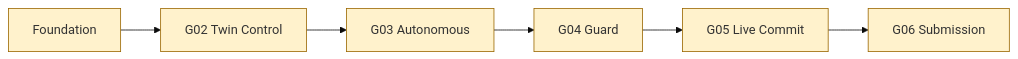
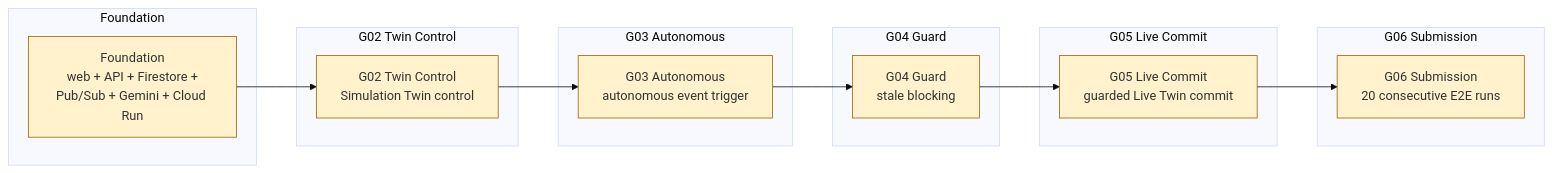
The diagram in docs/IMPLEMENTATION_GUIDE.md (vinhphan812/retailtwin-ai), drawn with Mermaid (base theme) before and after one commit. The commit also changed 6 other files, not shown here.

Commit message:
docs: integrate 5 Mermaid diagrams for architecture/acceptance/gates

````diff
--- a/docs/IMPLEMENTATION_GUIDE.md
+++ b/docs/IMPLEMENTATION_GUIDE.md
@@ -135,7 +135,30 @@
 ```mermaid
 flowchart LR
-  F[Foundation] --> G2[G02 Twin Control] --> G3[G03 Autonomous] --> G4[G04 Guard]
-  G4 --> G5[G05 Live Commit] --> G6[G06 Submission]
+  subgraph Foundation ["Foundation"]
+    F[Foundation<br/>web + API + Firestore +<br/>Pub/Sub + Gemini + Cloud Run]
+  end
+
+  subgraph G02 ["G02 Twin Control"]
+    G2[G02 Twin Control<br/>Simulation Twin control]
+  end
+
+  subgraph G03 ["G03 Autonomous"]
+    G3[G03 Autonomous<br/>autonomous event trigger]
+  end
+
+  subgraph G04 ["G04 Guard"]
+    G4[G04 Guard<br/>stale blocking]
+  end
+
+  subgraph G05 ["G05 Live Commit"]
+    G5[G05 Live Commit<br/>guarded Live Twin commit]
+  end
+
+  subgraph G06 ["G06 Submission"]
+    G6[G06 Submission<br/>20 consecutive E2E runs]
+  end
+
+  F --> G2 --> G3 --> G4 --> G5 --> G6
   classDef pending fill:#fff2cc,stroke:#9a6700
   class F,G2,G3,G4,G5,G6 pending
 ```
````
